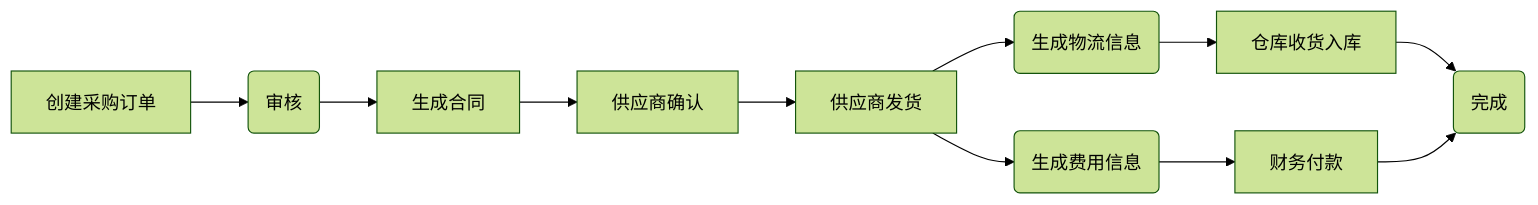
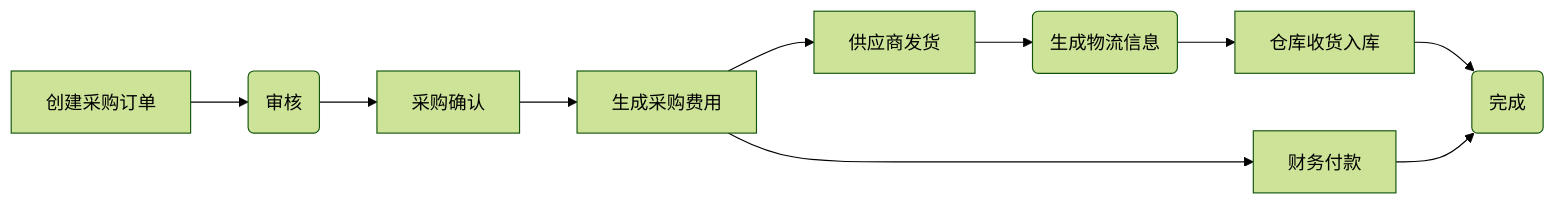
Before and after one commit to zeasin/qihangerp: the diagram in README.md, drawn with Mermaid (forest theme). The commit also changed 7 other files, not shown here.

````diff
--- a/README.md
+++ b/README.md
@@ -33,14 +33,13 @@
 ```mermaid
 graph LR
 A[创建采购订单] -->B(审核)
-    B --> C[生成合同]
-    C --> D[供应商确认]
+    B --> C[采购确认]
+    C --> D[生成采购费用]
     D --> E[供应商发货]
     E --> F1(生成物流信息)
-    E --> F2(生成费用信息)
     F1 --> G1[仓库收货入库]
-    F2 --> G2[财务付款]
+    D --> G2[财务付款]
     G1 --> H(完成)
     G2 --> H
 
 ```
````
